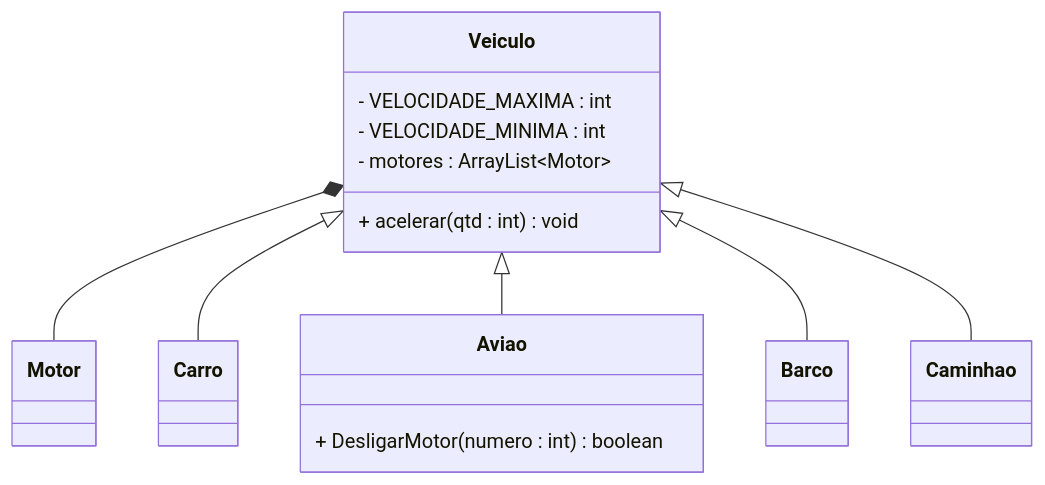
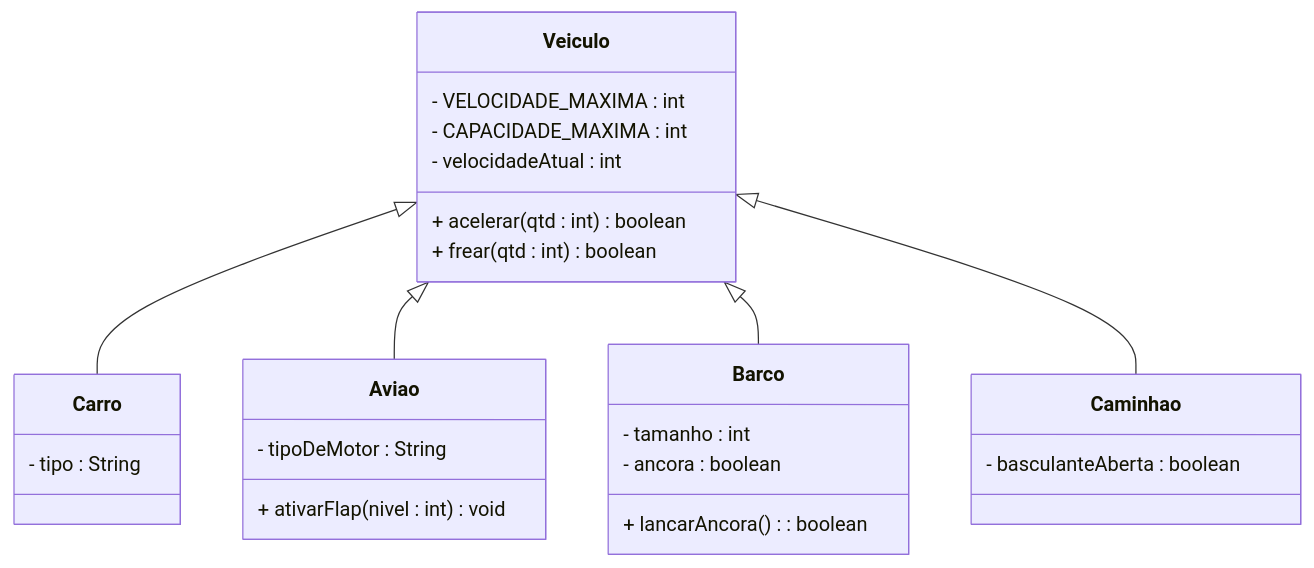
Before and after one commit to Evaldo-ed/POO-ADS-2026.2: the fourth of 4 diagrams in Aulas/aula-16-17_2026-10-14/atividade-01/Readme.md, drawn with Mermaid. The commit also changed 17 other files, not shown here.

````diff
--- a/Aulas/aula-16-17_2026-10-14/atividade-01/Readme.md
+++ b/Aulas/aula-16-17_2026-10-14/atividade-01/Readme.md
@@ -96,33 +96,36 @@
 ```mermaid
 classDiagram
     direction BT
     
     class Veiculo {
         - VELOCIDADE_MAXIMA : int
-        - VELOCIDADE_MINIMA : int
-        - motores : ArrayList~Motor~
-        + acelerar(qtd : int) void 
+        - CAPACIDADE_MAXIMA : int
+        - velocidadeAtual : int
+        + acelerar(qtd : int) boolean
+        + frear (qtd : int) boolean
     }
     
     class Carro {
-        
+        - tipo : String
     }
     
     class Aviao {
-        + DesligarMotor(numero : int) boolean
+        - tipoDeMotor : String
+        + ativarFlap(nivel : int) void
     }
     
     class Barco {
-        
+        - tamanho : int
+        - ancora : boolean
+        + lancarAncora() : boolean
     }
     
     class Caminhao {
-        
+        - basculanteAberta : boolean
     }
     
-    Motor --* Veiculo
     Carro --|> Veiculo
     Aviao --|> Veiculo
     Barco --|> Veiculo
     Caminhao --|> Veiculo
 ```
````
